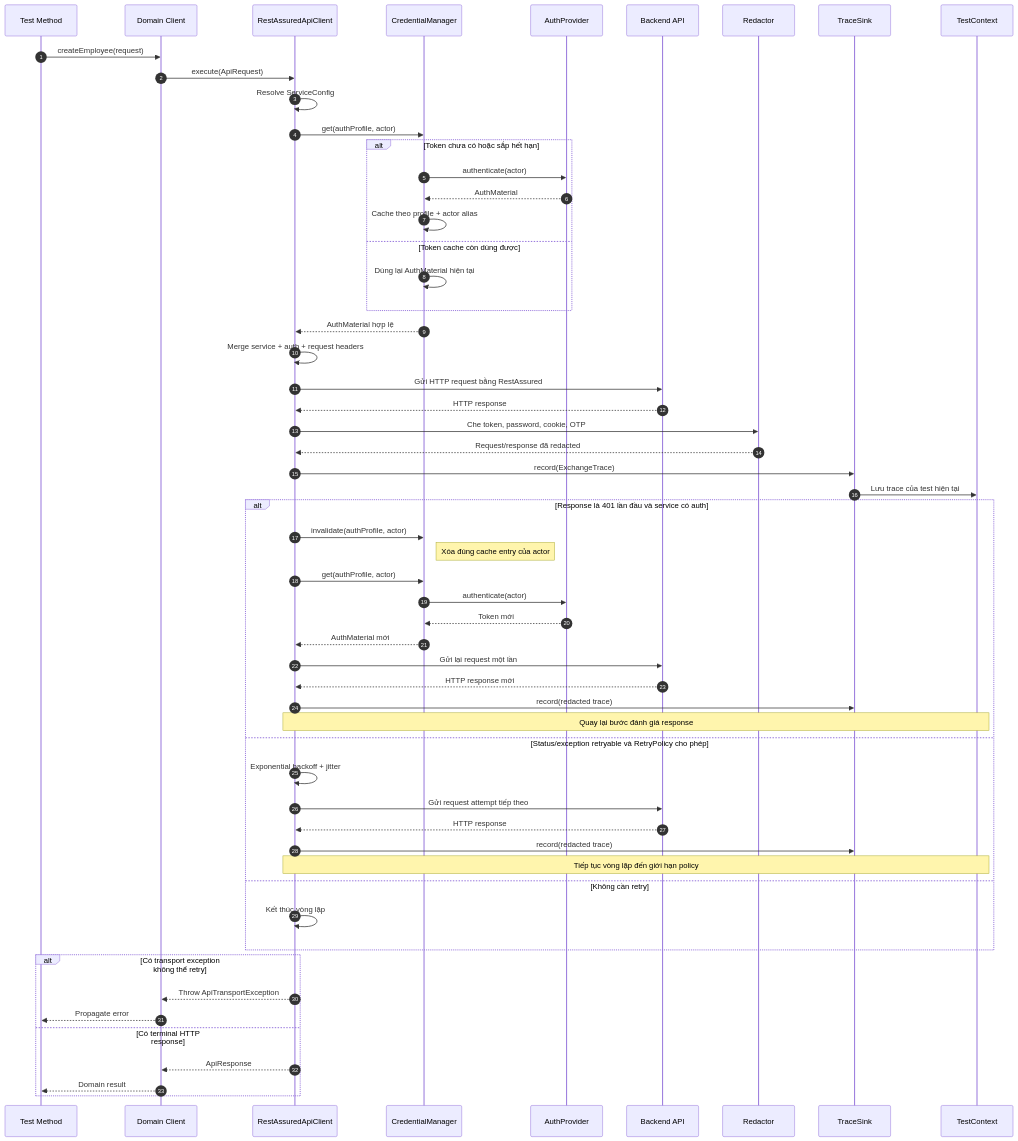
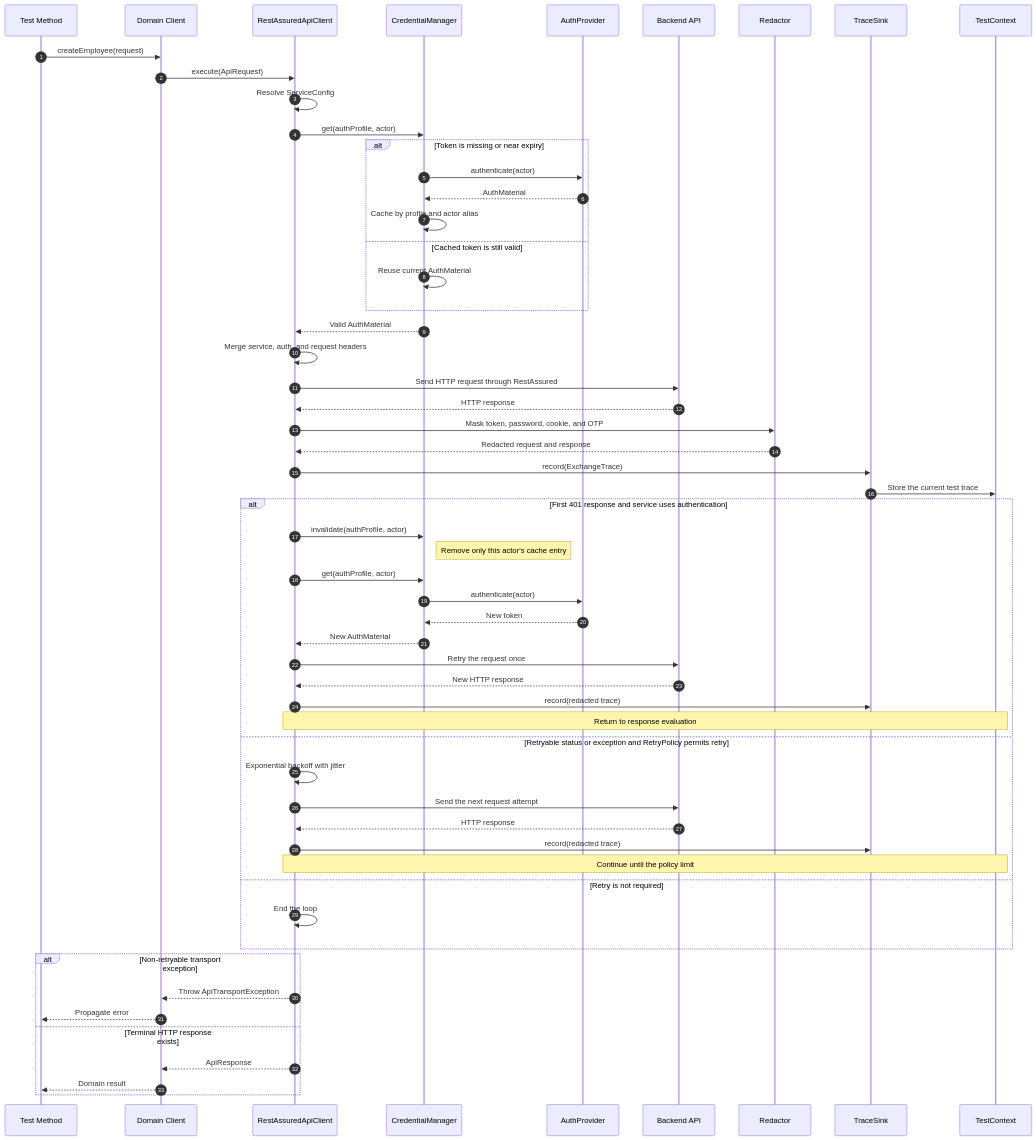
Before and after one commit to vocongthanh-projects/api-framework: the second of 4 diagrams in docs/framework-flow-preview.md, drawn with Mermaid. The commit also changed other lines of this file and 1 other file, not shown here.

````diff
--- a/docs/framework-flow-preview.md
+++ b/docs/framework-flow-preview.md
@@ -57,64 +52,64 @@
 ```mermaid
 sequenceDiagram
     autonumber
     participant Test as Test Method
     participant Domain as Domain Client
     participant Client as RestAssuredApiClient
     participant Cred as CredentialManager
     participant Provider as AuthProvider
     participant API as Backend API
     participant Redactor
     participant Sink as TraceSink
     participant Context as TestContext
 
     Test->>Domain: createEmployee(request)
     Domain->>Client: execute(ApiRequest)
     Client->>Client: Resolve ServiceConfig
     Client->>Cred: get(authProfile, actor)
 
-    alt Token chưa có hoặc sắp hết hạn
+    alt Token is missing or near expiry
         Cred->>Provider: authenticate(actor)
         Provider-->>Cred: AuthMaterial
-        Cred->>Cred: Cache theo profile + actor alias
-    else Token cache còn dùng được
-        Cred->>Cred: Dùng lại AuthMaterial hiện tại
+        Cred->>Cred: Cache by profile and actor alias
+    else Cached token is still valid
+        Cred->>Cred: Reuse current AuthMaterial
     end
 
-    Cred-->>Client: AuthMaterial hợp lệ
-    Client->>Client: Merge service + auth + request headers
-    Client->>API: Gửi HTTP request bằng RestAssured
+    Cred-->>Client: Valid AuthMaterial
+    Client->>Client: Merge service, auth, and request headers
+    Client->>API: Send HTTP request through RestAssured
     API-->>Client: HTTP response
-    Client->>Redactor: Che token, password, cookie, OTP
-    Redactor-->>Client: Request/response đã redacted
+    Client->>Redactor: Mask token, password, cookie, and OTP
+    Redactor-->>Client: Redacted request and response
     Client->>Sink: record(ExchangeTrace)
-    Sink->>Context: Lưu trace của test hiện tại
+    Sink->>Context: Store the current test trace
 
-    alt Response là 401 lần đầu và service có auth
+    alt First 401 response and service uses authentication
         Client->>Cred: invalidate(authProfile, actor)
-        Note right of Cred: Xóa đúng cache entry của actor
+        Note right of Cred: Remove only this actor's cache entry
         Client->>Cred: get(authProfile, actor)
         Cred->>Provider: authenticate(actor)
-        Provider-->>Cred: Token mới
-        Cred-->>Client: AuthMaterial mới
-        Client->>API: Gửi lại request một lần
-        API-->>Client: HTTP response mới
+        Provider-->>Cred: New token
+        Cred-->>Client: New AuthMaterial
+        Client->>API: Retry the request once
+        API-->>Client: New HTTP response
         Client->>Sink: record(redacted trace)
-        Note over Client,Context: Quay lại bước đánh giá response
-    else Status/exception retryable và RetryPolicy cho phép
-        Client->>Client: Exponential backoff + jitter
-        Client->>API: Gửi request attempt tiếp theo
+        Note over Client,Context: Return to response evaluation
+    else Retryable status or exception and RetryPolicy permits retry
+        Client->>Client: Exponential backoff with jitter
+        Client->>API: Send the next request attempt
         API-->>Client: HTTP response
         Client->>Sink: record(redacted trace)
-        Note over Client,Context: Tiếp tục vòng lặp đến giới hạn policy
-    else Không cần retry
-        Client->>Client: Kết thúc vòng lặp
+        Note over Client,Context: Continue until the policy limit
+    else Retry is not required
+        Client->>Client: End the loop
     end
 
-    alt Có transport exception không thể retry
+    alt Non-retryable transport exception
         Client-->>Domain: Throw ApiTransportException
         Domain-->>Test: Propagate error
-    else Có terminal HTTP response
+    else Terminal HTTP response exists
         Client-->>Domain: ApiResponse
         Domain-->>Test: Domain result
     end
 ```
````
